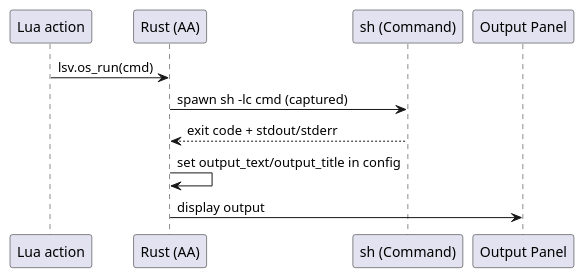
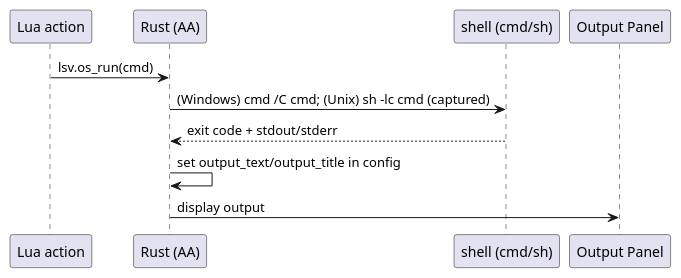
One commit to SecretDeveloper/lsv changed the third of 5 diagrams in docs/lua_integration.md. Above: the diagram before and after it, drawn with PlantUML. The commit also changed other lines of this file and 18 other files, not shown here.

````diff
--- a/docs/lua_integration.md
+++ b/docs/lua_integration.md
@@ -81,13 +81,13 @@
 ```plantuml
 @startuml
 participant "Lua action" as LUA
 participant "Rust (AA)" as AA
-participant "sh (Command)" as SH
+participant "shell (cmd/sh)" as SH
 participant "Output Panel" as OP
 LUA -> AA: lsv.os_run(cmd)
-AA -> SH: spawn sh -lc cmd (captured)
+AA -> SH: (Windows) cmd /C cmd; (Unix) sh -lc cmd (captured)
 SH --> AA: exit code + stdout/stderr
 AA -> AA: set output_text/output_title in config
 AA -> OP: display output
 @enduml
 ```
````
